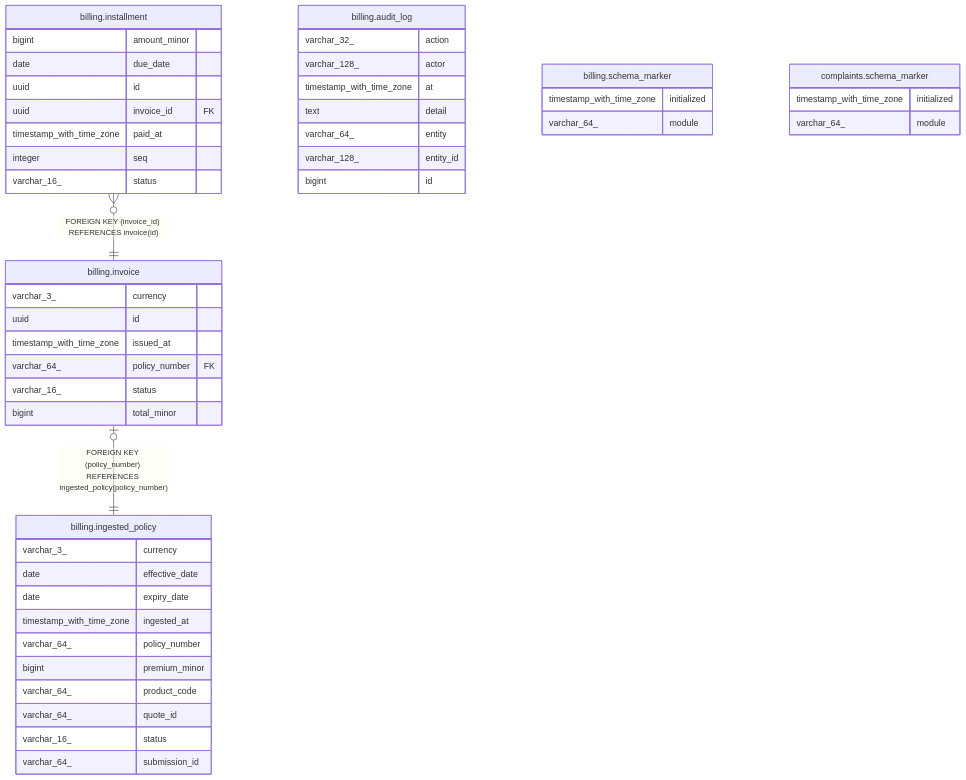
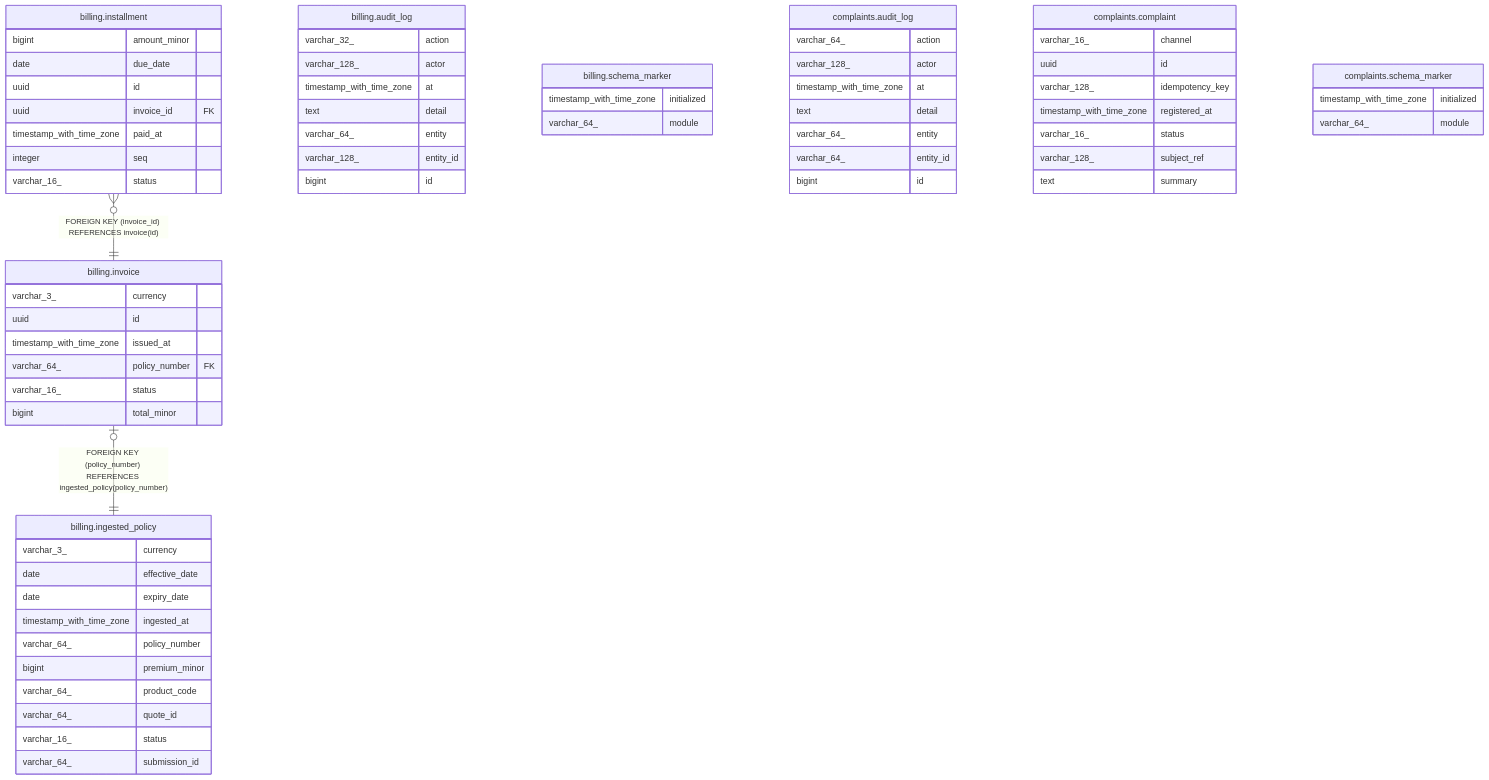
The diagram in docs/data-model/README.md (andrelair-platform/ktayl-core), drawn with Mermaid before and after one commit. The commit also changed other lines of this file and 30 other files, not shown here.

First line of the commit message:
feat(complaints): CMPL-011 Complaint aggregate + register + ComplaintRegistered event (hexagonal) (#30)

````diff
--- a/docs/data-model/README.md
+++ b/docs/data-model/README.md
@@ -16,53 +18,71 @@
 ```mermaid
 erDiagram
 
 "billing.installment" }o--|| "billing.invoice" : "FOREIGN KEY (invoice_id) REFERENCES invoice(id)"
 "billing.invoice" |o--|| "billing.ingested_policy" : "FOREIGN KEY (policy_number) REFERENCES ingested_policy(policy_number)"
 
 "billing.audit_log" {
   varchar_32_ action
   varchar_128_ actor
   timestamp_with_time_zone at
   text detail
   varchar_64_ entity
   varchar_128_ entity_id
   bigint id
 }
 "billing.ingested_policy" {
   varchar_3_ currency
   date effective_date
   date expiry_date
   timestamp_with_time_zone ingested_at
   varchar_64_ policy_number
   bigint premium_minor
   varchar_64_ product_code
   varchar_64_ quote_id
   varchar_16_ status
   varchar_64_ submission_id
 }
 "billing.installment" {
   bigint amount_minor
   date due_date
   uuid id
   uuid invoice_id FK
   timestamp_with_time_zone paid_at
   integer seq
   varchar_16_ status
 }
 "billing.invoice" {
   varchar_3_ currency
   uuid id
   timestamp_with_time_zone issued_at
   varchar_64_ policy_number FK
   varchar_16_ status
   bigint total_minor
 }
 "billing.schema_marker" {
   timestamp_with_time_zone initialized
   varchar_64_ module
 }
+"complaints.audit_log" {
+  varchar_64_ action
+  varchar_128_ actor
+  timestamp_with_time_zone at
+  text detail
+  varchar_64_ entity
+  varchar_64_ entity_id
+  bigint id
+}
+"complaints.complaint" {
+  varchar_16_ channel
+  uuid id
+  varchar_128_ idempotency_key
+  timestamp_with_time_zone registered_at
+  varchar_16_ status
+  varchar_128_ subject_ref
+  text summary
+}
 "complaints.schema_marker" {
   timestamp_with_time_zone initialized
   varchar_64_ module
 }
 ```
````
